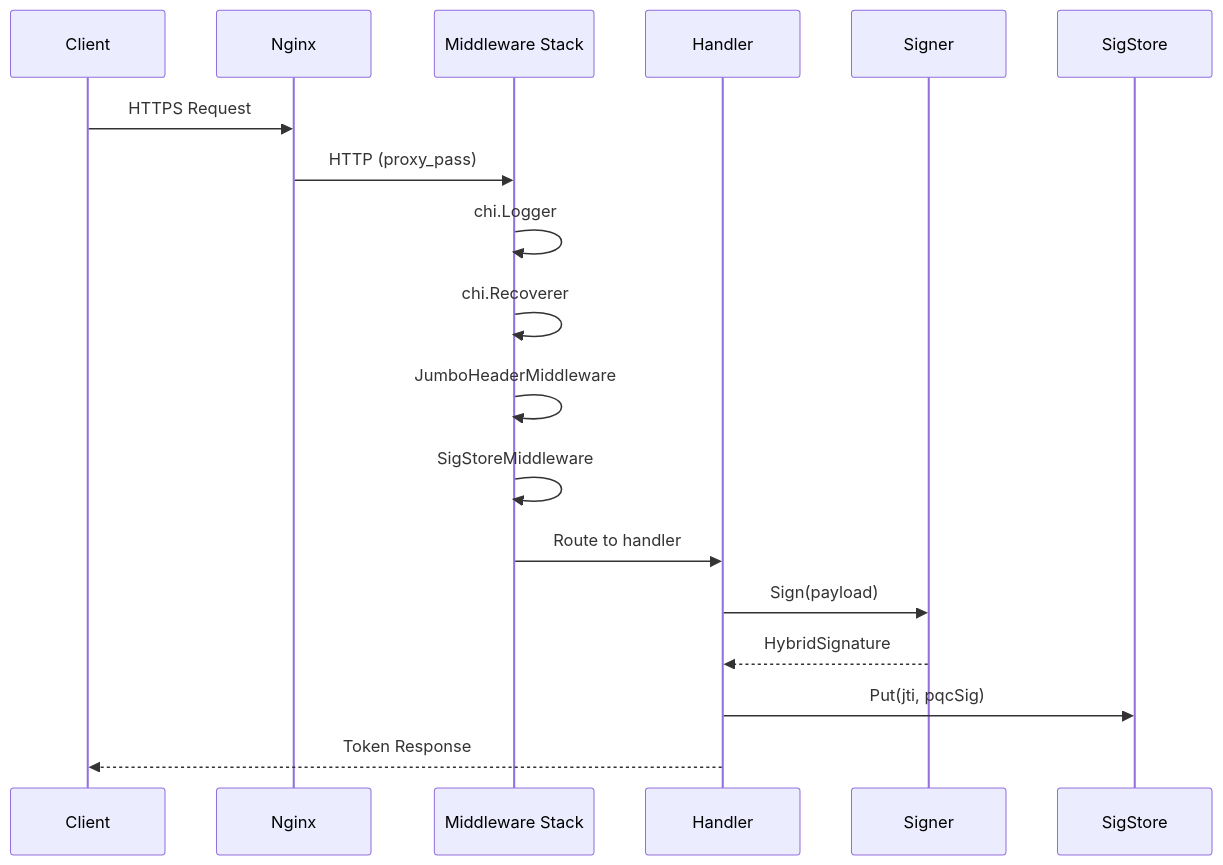
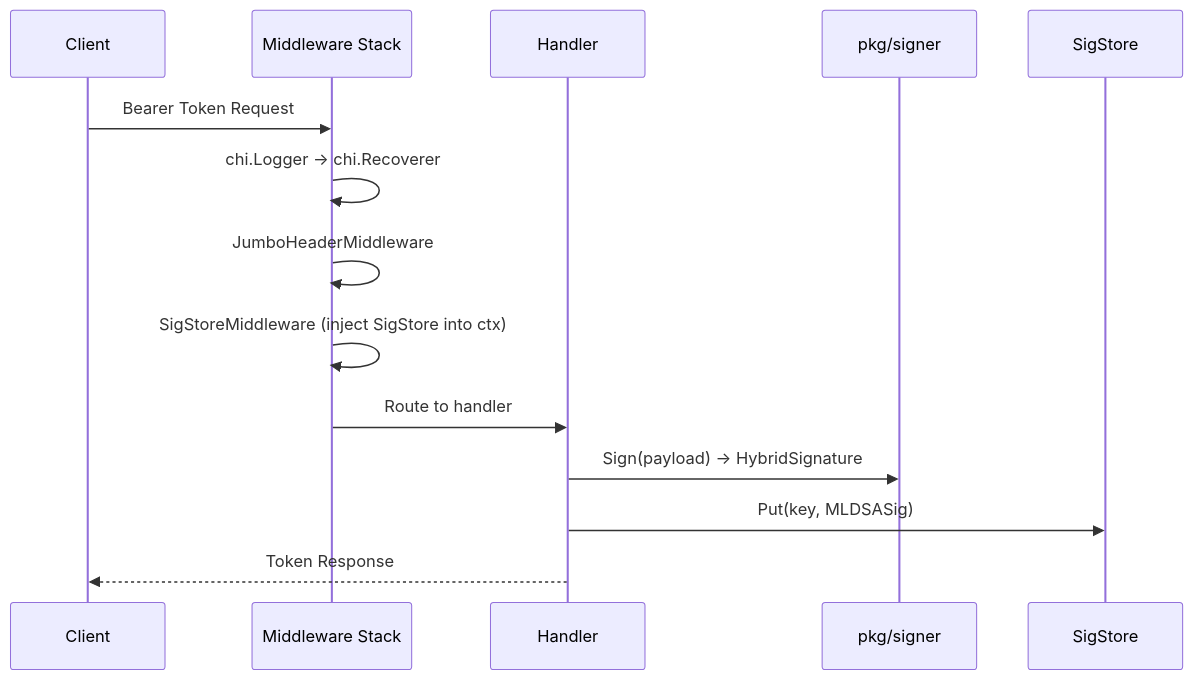
One commit to gradientgeeks/dilithiauth changed the third of 3 diagrams in docs/architecture.md. Above: the diagram before and after it, drawn with Mermaid. The commit also changed other lines of this file and 13 other files, not shown here.

````diff
--- a/docs/architecture.md
+++ b/docs/architecture.md
@@ -55,21 +247,17 @@
 ```mermaid
 sequenceDiagram
     participant C as Client
-    participant N as Nginx
     participant MW as Middleware Stack
     participant H as Handler
-    participant S as Signer
+    participant S as pkg/signer
     participant SS as SigStore
 
-    C->>N: HTTPS Request
-    N->>MW: HTTP (proxy_pass)
-    MW->>MW: chi.Logger
-    MW->>MW: chi.Recoverer
+    C->>MW: Bearer Token Request
+    MW->>MW: chi.Logger → chi.Recoverer
     MW->>MW: JumboHeaderMiddleware
-    MW->>MW: SigStoreMiddleware
+    MW->>MW: SigStoreMiddleware (inject SigStore into ctx)
     MW->>H: Route to handler
-    H->>S: Sign(payload)
-    S-->>H: HybridSignature
-    H->>SS: Put(jti, pqcSig)
+    H->>S: Sign(payload) → HybridSignature
+    H->>SS: Put(key, MLDSASig)
     H-->>C: Token Response
 ```
````
